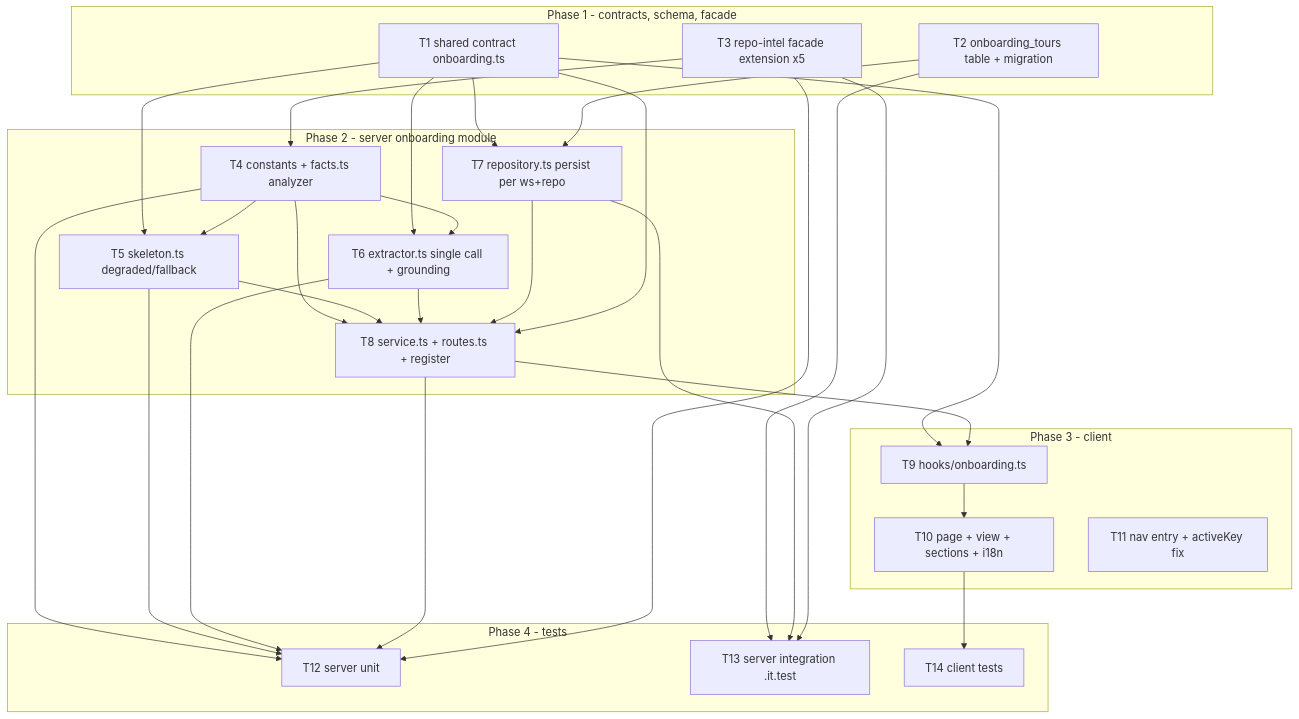
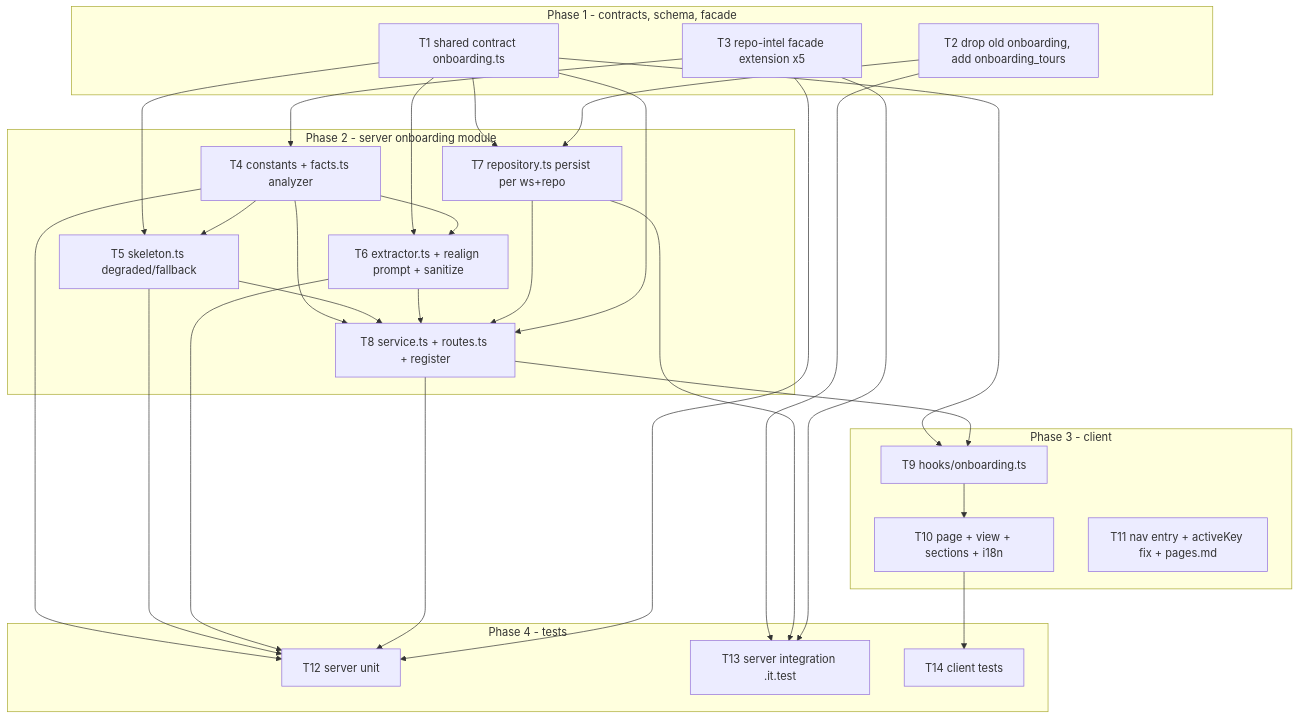
The second of 2 diagrams in docs/plans/onboarding-generator.md (devivasha/DevDigest), drawn with Mermaid before and after one commit. The commit also changed other lines of this file, not shown here.

First line of the commit message:
plan(onboarding): revise per cross-model staff-engineer review

````diff
--- a/docs/plans/onboarding-generator.md
+++ b/docs/plans/onboarding-generator.md
@@ -199,49 +245,49 @@
 ```mermaid
 flowchart TD
   subgraph p1[Phase 1 - contracts, schema, facade]
     T1[T1 shared contract onboarding.ts]
-    T2[T2 onboarding_tours table + migration]
+    T2[T2 drop old onboarding, add onboarding_tours]
     T3[T3 repo-intel facade extension x5]
   end
   subgraph p2[Phase 2 - server onboarding module]
     T4[T4 constants + facts.ts analyzer]
     T5[T5 skeleton.ts degraded/fallback]
-    T6[T6 extractor.ts single call + grounding]
+    T6[T6 extractor.ts + realign prompt + sanitize]
     T7[T7 repository.ts persist per ws+repo]
     T8[T8 service.ts + routes.ts + register]
   end
   subgraph p3[Phase 3 - client]
     T9[T9 hooks/onboarding.ts]
     T10[T10 page + view + sections + i18n]
-    T11[T11 nav entry + activeKey fix]
+    T11[T11 nav entry + activeKey fix + pages.md]
   end
   subgraph p4[Phase 4 - tests]
     T12[T12 server unit]
     T13[T13 server integration .it.test]
     T14[T14 client tests]
   end
   T3 --> T4
   T1 --> T5
   T4 --> T5
   T1 --> T6
   T4 --> T6
   T1 --> T7
   T2 --> T7
   T4 --> T8
   T5 --> T8
   T6 --> T8
   T7 --> T8
   T1 --> T8
   T1 --> T9
   T8 --> T9
   T9 --> T10
   T4 --> T12
   T5 --> T12
   T6 --> T12
   T8 --> T12
   T3 --> T12
   T2 --> T13
   T7 --> T13
   T3 --> T13
   T10 --> T14
 ```
````
